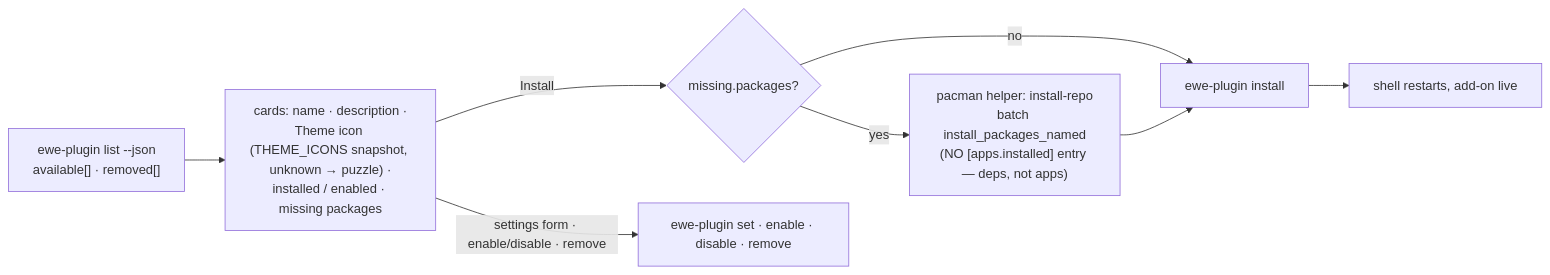
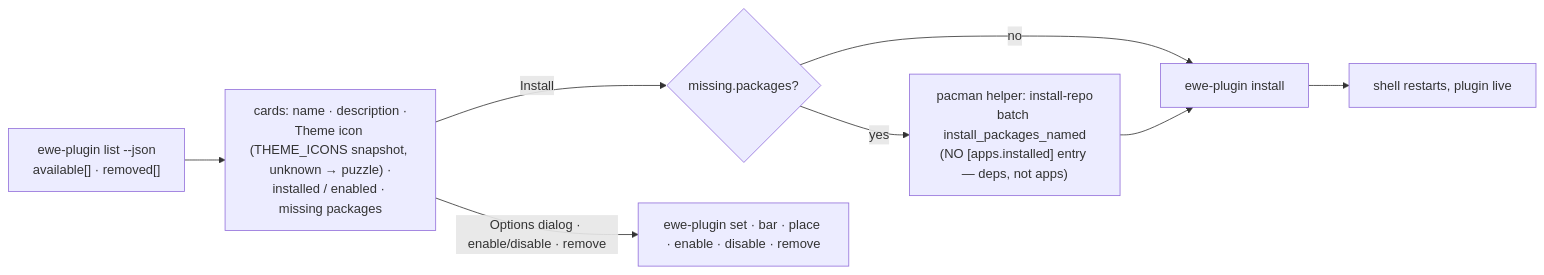
One commit to prj786/ewe-map changed the second of 2 diagrams in 03-Components/Komble.md. Above: the diagram before and after it, drawn with Mermaid. The commit also changed other lines of this file and 61 other files, not shown here.

First line of the commit message:
vault: 0.25.1-beta — D9–D13 (one name, plugin settings with the plugin, movable widgets, sync conflicts about content, Glass), contracts, troubleshooting, versions

````diff
--- a/03-Components/Komble.md
+++ b/03-Components/Komble.md
@@ -47,10 +49,10 @@
 ```mermaid
 flowchart LR
     LIST["ewe-plugin list --json<br/>available[] · removed[]"] --> CARDS["cards: name · description ·<br/>Theme icon (THEME_ICONS snapshot, unknown → puzzle) ·<br/>installed / enabled · missing packages"]
     CARDS -->|"Install"| PKGS{"missing.packages?"}
     PKGS -->|yes| HELPER["pacman helper: install-repo<br/>batch install_packages_named<br/>(NO [apps.installed] entry — deps, not apps)"]
     PKGS -->|no| INST["ewe-plugin install <id>"]
     HELPER --> INST
-    INST --> SHELL["shell restarts, add-on live"]
-    CARDS -->|"settings form · enable/disable · remove"| TOOL["ewe-plugin set · enable · disable · remove"]
+    INST --> SHELL["shell restarts, plugin live"]
+    CARDS -->|"Options dialog · enable/disable · remove"| TOOL["ewe-plugin set · bar · place · enable · disable · remove"]
 ```
````
